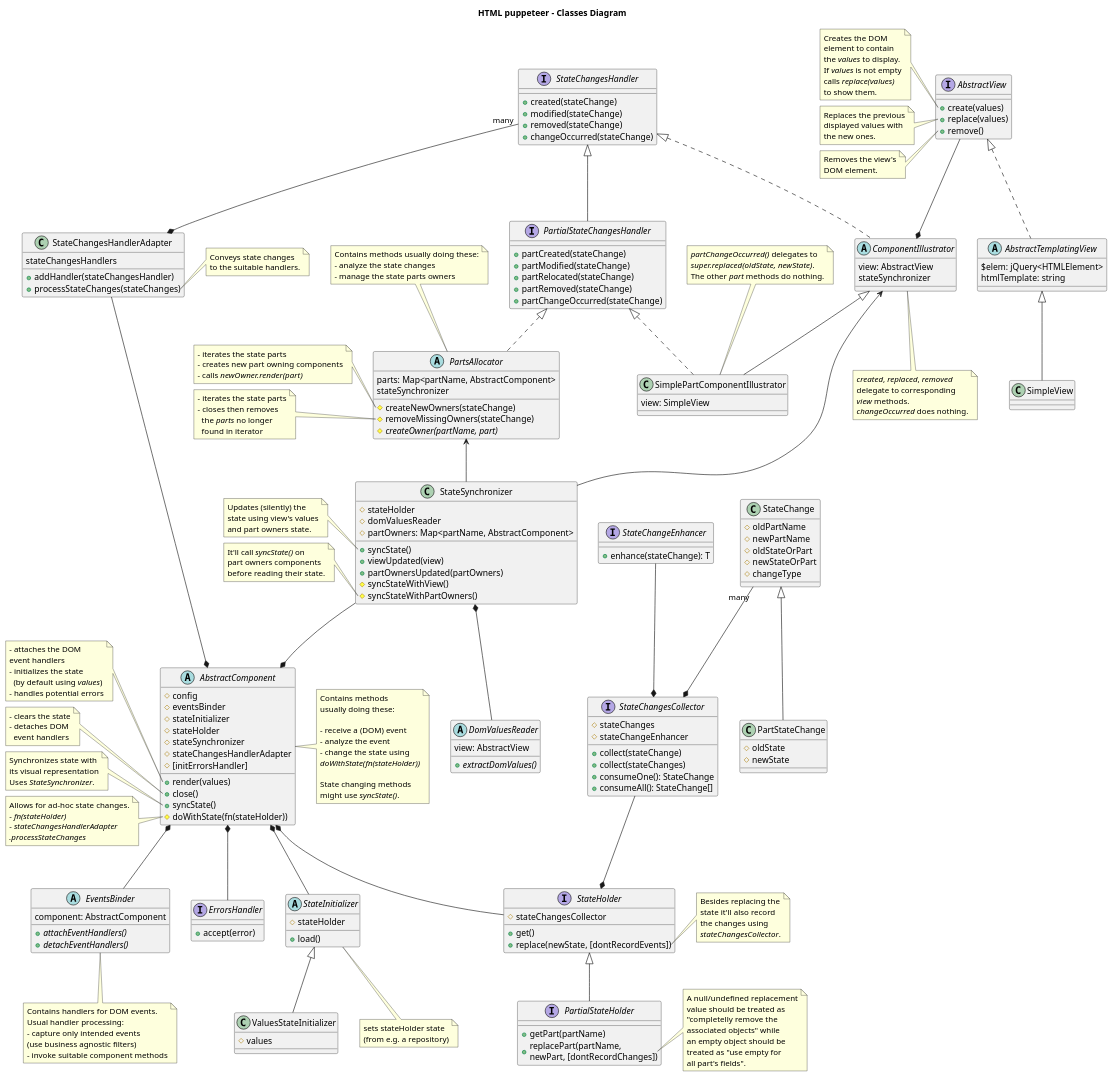
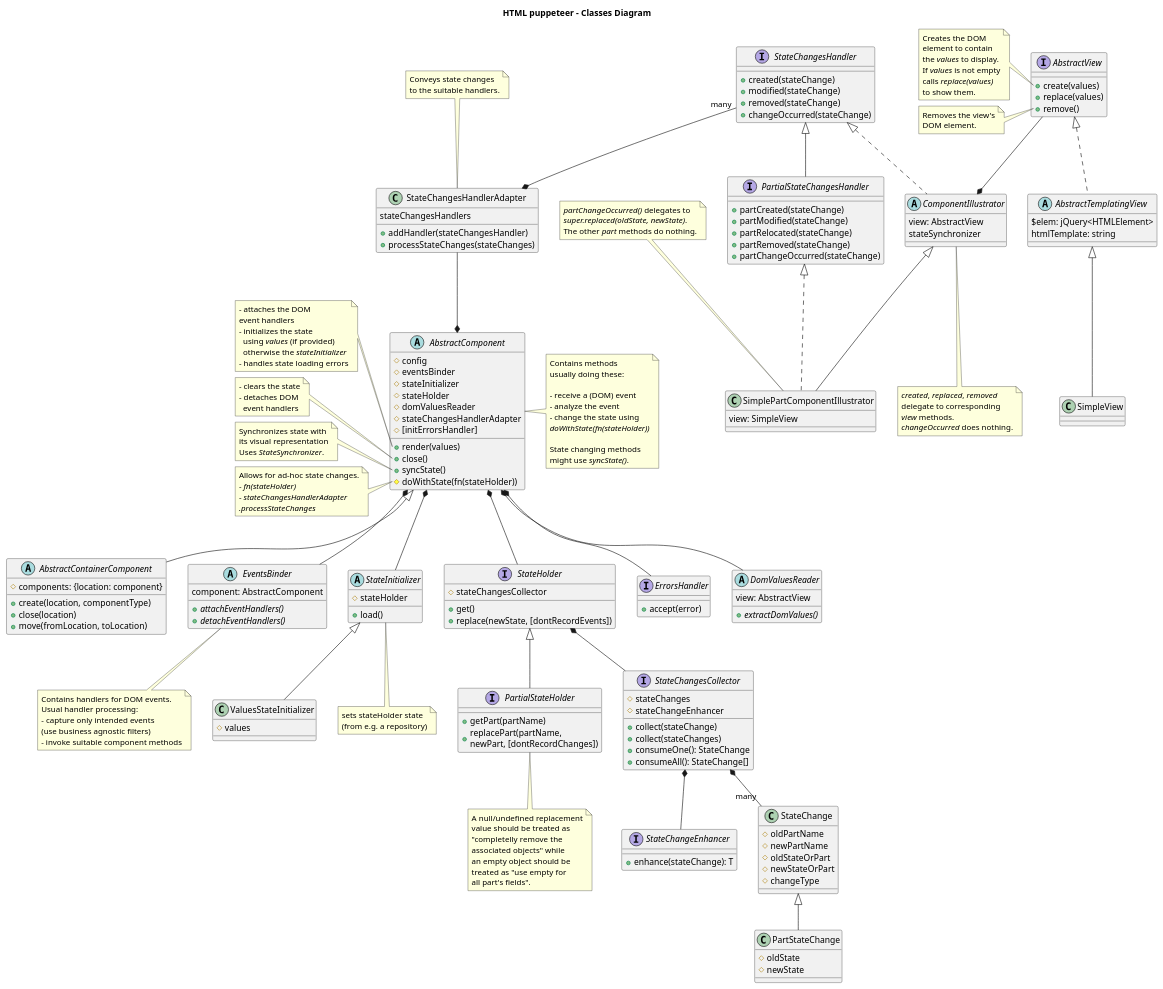
Before and after one commit to adrhc/html-puppeteer: the diagram in design/classes-diagram.puml, drawn with PlantUML.

Commit message:
design update

```diff
--- a/design/classes-diagram.puml
+++ b/design/classes-diagram.puml
@@ -1,27 +1,13 @@
 @startuml
 
 title HTML puppeteer - Classes Diagram
-
-abstract EventsBinder {
-  component: AbstractComponent
-  {abstract}+attachEventHandlers()
-  {abstract}+detachEventHandlers()
-}
-
-note bottom of EventsBinder
-  Contains handlers for DOM events.
-  Usual handler processing:
-  - capture only intended events
-  (use business agnostic filters)
-  - invoke suitable component methods
-end note
 
 abstract AbstractComponent {
   #config
   #eventsBinder
   #stateInitializer
   #stateHolder
-  #stateSynchronizer
+  #domValuesReader
   #stateChangesHandlerAdapter
   #[initErrorsHandler]
   +render(values)
@@ -70,8 +56,9 @@
 - attaches the DOM
 event handlers
 - initializes the state
-  (by default using <i>values</i>)
-- handles potential errors
+  using <i>values</i> (if provided) 
+  otherwise the <i>stateInitializer</i>
+- handles state loading errors
 end note
 
 note left of AbstractComponent::"close()"
@@ -93,42 +80,26 @@
 <i>.processStateChanges</i>
 end note
 
-interface ErrorsHandler {
-+accept(error)
+abstract AbstractContainerComponent extends AbstractComponent {
+  #components: {location: component}
+  +create(location, componentType)
+  +close(location)
+  +move(fromLocation, toLocation)
 }
 
-interface AbstractView {
-+create(values)
-+replace(values)
-+remove()
+abstract EventsBinder {
+  component: AbstractComponent
+  {abstract}+attachEventHandlers()
+  {abstract}+detachEventHandlers()
 }
 
-note left of AbstractView::create
-Creates the DOM
-element to contain
-the <i>values</i> to display.
-If <i>values</i> is not empty
-calls <i>replace(values)</i>
-to show them.
+note bottom of EventsBinder
+  Contains handlers for DOM events.
+  Usual handler processing:
+  - capture only intended events
+  (use business agnostic filters)
+  - invoke suitable component methods
 end note
-
-note left of AbstractView::replace
-Replaces the previous
-displayed values with
-the new ones.
-end note
-
-note left of AbstractView::remove
-Removes the view's
-DOM element.
-end note
-
-abstract AbstractTemplatingView implements AbstractView {
-$elem: jQuery<HTMLElement>
-htmlTemplate: string
-}
-
-class SimpleView extends AbstractTemplatingView
 
 abstract StateInitializer {
 #stateHolder
@@ -177,19 +148,20 @@
 #stateChangesCollector
 }
 
-note right of StateHolder::replace
+/'note left of StateHolder::replace
 Besides replacing the
 state it'll also record
 the changes using
 <i>stateChangesCollector</i>.
-end note
+end note'/
 
 interface PartialStateHolder extends StateHolder {
 +getPart(partName)
 +replacePart(partName, \nnewPart, [dontRecordChanges])
 }
 
-note right of PartialStateHolder::replacePart {
+' note left of PartialStateHolder::replacePart
+note bottom of PartialStateHolder
 A null/undefined replacement
 value should be treated as
 "completelly remove the
@@ -197,7 +169,44 @@
 an empty object should be
 treated as "use empty for
 all part's fields".
+end note
+
+interface ErrorsHandler {
++accept(error)
 }
+
+interface AbstractView {
++create(values)
++replace(values)
++remove()
+}
+
+note left of AbstractView::create
+Creates the DOM
+element to contain
+the <i>values</i> to display.
+If <i>values</i> is not empty
+calls <i>replace(values)</i>
+to show them.
+end note
+
+/'note left of AbstractView::replace
+Replaces the previous
+displayed values with
+the new ones.
+end note'/
+
+note left of AbstractView::remove
+Removes the view's
+DOM element.
+end note
+
+abstract AbstractTemplatingView implements AbstractView {
+$elem: jQuery<HTMLElement>
+htmlTemplate: string
+}
+
+class SimpleView extends AbstractTemplatingView
 
 class StateChangesHandlerAdapter {
 stateChangesHandlers
@@ -219,7 +228,8 @@
 <i>partRemoved(stateChange)</i>
 end note'/
 
-note right of StateChangesHandlerAdapter::processStateChanges
+' note left of StateChangesHandlerAdapter::processStateChanges
+note top of StateChangesHandlerAdapter
 Conveys state changes
 to the suitable handlers.
 end note
@@ -261,7 +271,7 @@
 The other <i>part</i> methods do nothing.
 end note
 
-abstract PartsAllocator implements PartialStateChangesHandler {
+/'abstract PartsAllocator implements PartialStateChangesHandler {
 parts: Map<partName, AbstractComponent>
 stateSynchronizer
 #createNewOwners(stateChange)
@@ -309,7 +319,7 @@
 It'll call <i>syncState()</i> on
 part owners components
 before reading their state.
-end note
+end note'/
 
 abstract DomValuesReader {
   view: AbstractView
@@ -324,6 +334,7 @@
 AbstractComponent *-down- EventsBinder
 AbstractComponent *-down- StateHolder
 AbstractComponent *-down- StateInitializer
+AbstractComponent *-down- DomValuesReader
 AbstractComponent *-up- StateChangesHandlerAdapter
 StateChangesHandlerAdapter *-up- "many" StateChangesHandler
 ComponentIllustrator *-up- AbstractView
@@ -331,22 +342,22 @@
 'PartsAllocator -down-|> PartialStateChangesHandler
 'StateChangesHandler -up-{ AbstractView : might use
 'DomValuesReader *-up- AbstractView
-StateSynchronizer *-down- DomValuesReader
+/'StateSynchronizer *-down- DomValuesReader
 StateSynchronizer -up-> PartsAllocator
-StateSynchronizer -up-> ComponentIllustrator
+StateSynchronizer -up-> ComponentIllustrator'/
 'SimplePartComponentIllustrator -down-> ComponentIllustrator
 'SimplePartComponentIllustrator -down-|> PartialStateChangesHandler
-AbstractComponent *-up- StateSynchronizer
+'AbstractComponent *-up- StateSynchronizer
 AbstractComponent *-down- ErrorsHandler
 'AbstractComponent *-right- PartsAllocator
 'PartialStateHolder -up-|> StateHolder
-StateHolder *-up- StateChangesCollector
-StateChangesCollector *-up- "many" StateChange
+StateHolder *-down- StateChangesCollector
+StateChangesCollector *-down- "many" StateChange
 'ComponentIllustrator --|> StateChangesHandler
 'PartStateChange -down-> StateChange
 'PartsAllocator -down-> StateHolder
 'ValuesStateInitializer -up-|> StateInitializer
-StateChangesCollector *-up- StateChangeEnhancer
+StateChangesCollector *-down- StateChangeEnhancer
 
 /'note as setElement
 <i>domElement</i>
```
